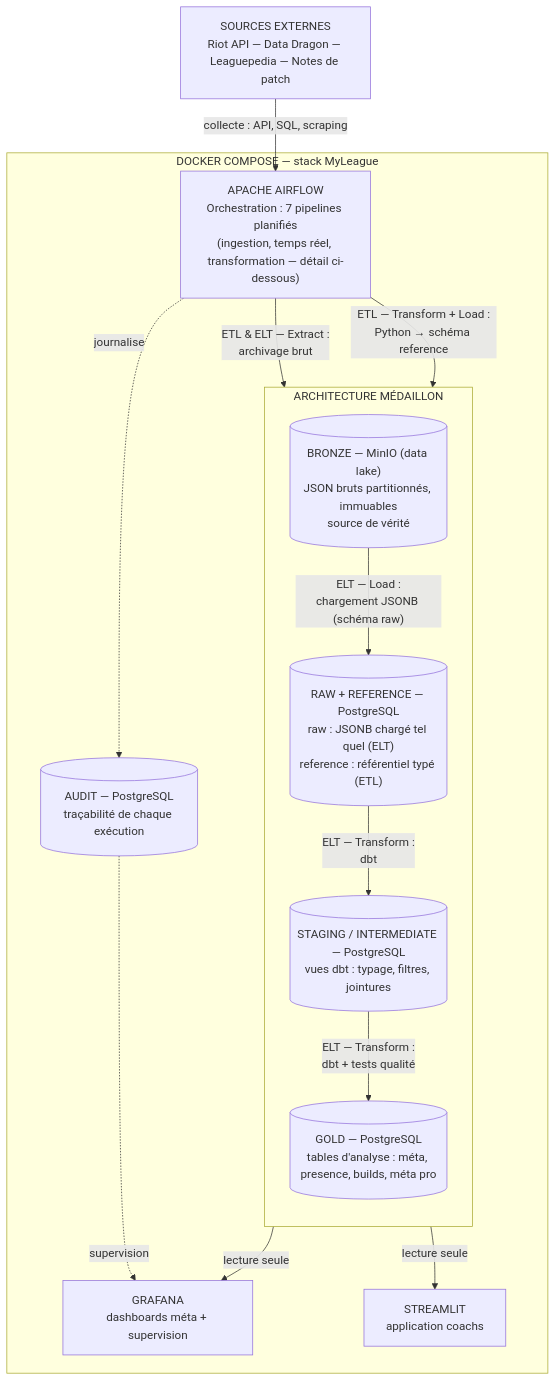
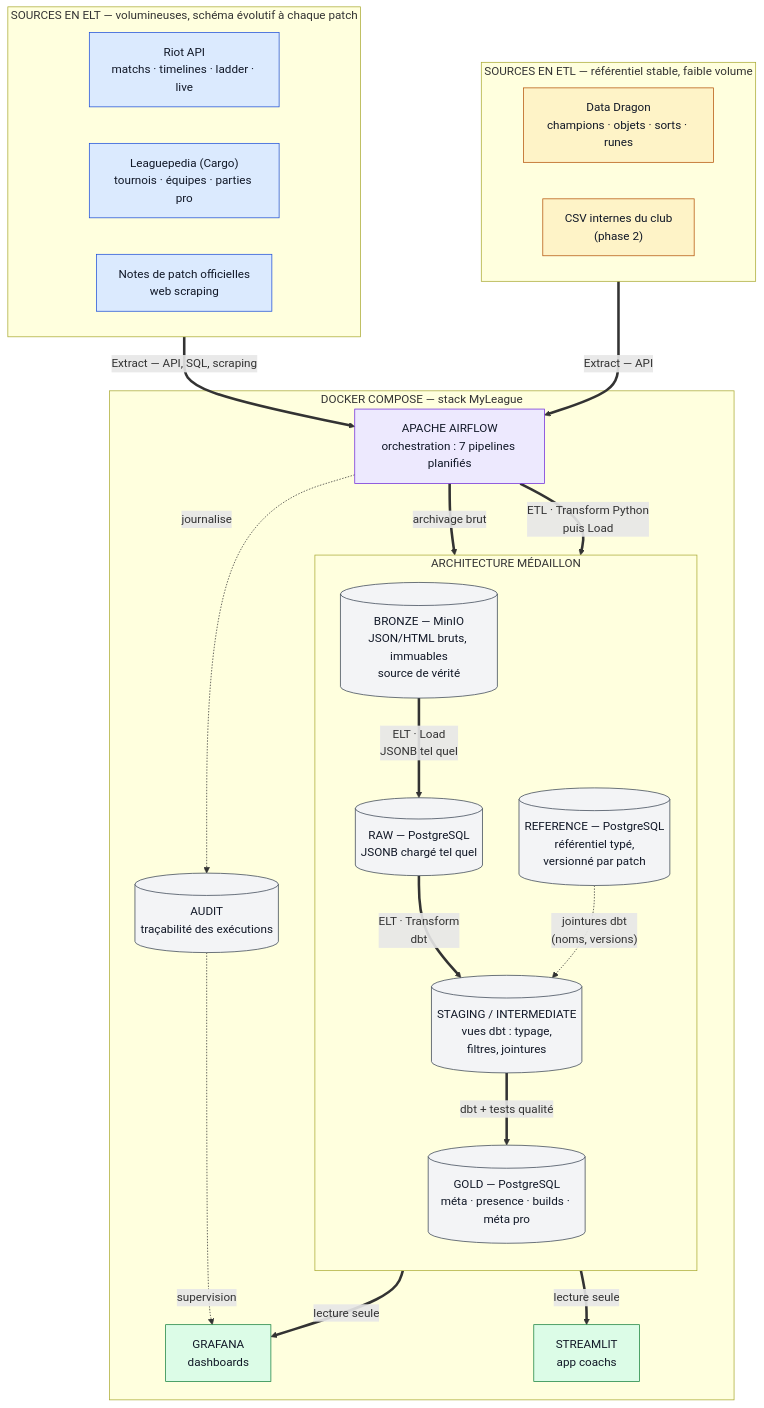
One commit to Randil12/MyLeague changed the first of 3 diagrams in README.md. Above: the diagram before and after it, drawn with Mermaid.

````diff
--- a/README.md
+++ b/README.md
@@ -11,32 +11,57 @@
 ```mermaid
 flowchart TB
-    SRC["SOURCES EXTERNES<br/>Riot API — Data Dragon — Leaguepedia — Notes de patch"]
+    subgraph SELT["SOURCES EN ELT — volumineuses, schéma évolutif à chaque patch"]
+        RIOT["Riot API<br/>matchs · timelines · ladder · live"]
+        LPS["Leaguepedia (Cargo)<br/>tournois · équipes · parties pro"]
+        PN["Notes de patch officielles<br/>web scraping"]
+    end
+
+    subgraph SETL["SOURCES EN ETL — référentiel stable, faible volume"]
+        DD["Data Dragon<br/>champions · objets · sorts · runes"]
+        CSV["CSV internes du club<br/>(phase 2)"]
+    end
 
     subgraph DOCKER["DOCKER COMPOSE — stack MyLeague"]
-        AF["APACHE AIRFLOW<br/>Orchestration : 7 pipelines planifiés<br/>(ingestion, temps réel, transformation — détail ci-dessous)"]
+        AF["APACHE AIRFLOW<br/>orchestration : 7 pipelines planifiés"]
 
         subgraph MED["ARCHITECTURE MÉDAILLON"]
             direction TB
-            BRONZE[("BRONZE — MinIO (data lake)<br/>JSON bruts partitionnés, immuables<br/>source de vérité")]
-            RAWREF[("RAW + REFERENCE — PostgreSQL<br/>raw : JSONB chargé tel quel (ELT)<br/>reference : référentiel typé (ETL)")]
-            STG[("STAGING / INTERMEDIATE — PostgreSQL<br/>vues dbt : typage, filtres, jointures")]
-            GOLD[("GOLD — PostgreSQL<br/>tables d'analyse : méta, presence, builds, méta pro")]
-
-            BRONZE -->|"ELT — Load :<br/>chargement JSONB (schéma raw)"| RAWREF
-            RAWREF -->|"ELT — Transform :<br/>dbt"| STG
-            STG -->|"ELT — Transform :<br/>dbt + tests qualité"| GOLD
+            BRONZE[("BRONZE — MinIO<br/>JSON/HTML bruts, immuables<br/>source de vérité")]
+            RAW[("RAW — PostgreSQL<br/>JSONB chargé tel quel")]
+            REF[("REFERENCE — PostgreSQL<br/>référentiel typé,<br/>versionné par patch")]
+            STG[("STAGING / INTERMEDIATE<br/>vues dbt : typage,<br/>filtres, jointures")]
+            GOLD[("GOLD — PostgreSQL<br/>méta · presence · builds · méta pro")]
         end
 
-        AUD[("AUDIT — PostgreSQL<br/>traçabilité de chaque exécution")]
-        GRAF["GRAFANA<br/>dashboards méta + supervision"]
-        ST["STREAMLIT<br/>application coachs"]
+        AUD[("AUDIT<br/>traçabilité des exécutions")]
+        GRAF["GRAFANA<br/>dashboards"]
+        ST["STREAMLIT<br/>app coachs"]
     end
 
-    SRC -->|"collecte : API, SQL, scraping"| AF
-    AF -->|"ETL & ELT — Extract :<br/>archivage brut"| BRONZE
-    AF -->|"ETL — Transform + Load :<br/>Python → schéma reference"| RAWREF
+    SELT ==>|"Extract — API, SQL, scraping"| AF
+    SETL ==>|"Extract — API"| AF
+
+    AF ==>|"archivage brut"| BRONZE
+    BRONZE ==>|"ELT · Load<br/>JSONB tel quel"| RAW
+    RAW ==>|"ELT · Transform<br/>dbt"| STG
+    AF ==>|"ETL · Transform Python<br/>puis Load"| REF
+    REF -.->|"jointures dbt<br/>(noms, versions)"| STG
+    STG ==>|"dbt + tests qualité"| GOLD
+
     AF -.->|"journalise"| AUD
-    GOLD -->|"lecture seule"| GRAF
-    GOLD -->|"lecture seule"| ST
+    GOLD ==>|"lecture seule"| GRAF
+    GOLD ==>|"lecture seule"| ST
     AUD -.->|"supervision"| GRAF
+
+    classDef elt fill:#dbeafe,stroke:#1d4ed8,color:#111827;
+    classDef etl fill:#fef3c7,stroke:#b45309,color:#111827;
+    classDef store fill:#f3f4f6,stroke:#374151,color:#111827;
+    classDef viz fill:#dcfce7,stroke:#15803d,color:#111827;
+    classDef orch fill:#ede9fe,stroke:#6d28d9,color:#111827;
+
+    class RIOT,LPS,PN elt;
+    class DD,CSV etl;
+    class BRONZE,RAW,REF,STG,GOLD,AUD store;
+    class GRAF,ST viz;
+    class AF orch;
 ```
````
